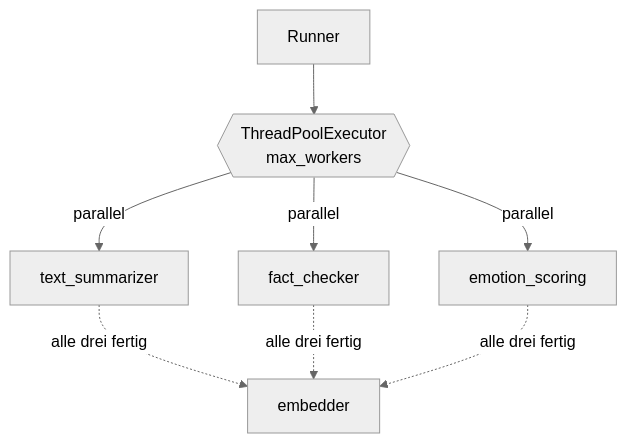
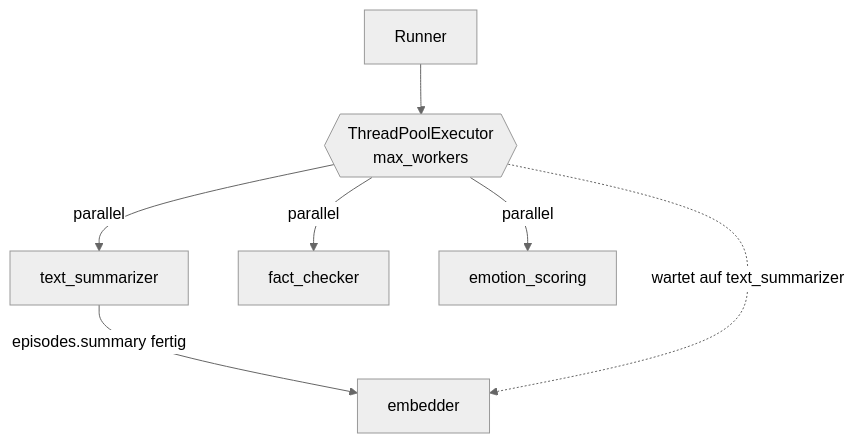
The second of 3 diagrams in docs/silver_enriched/01_architecture.md (Tilmanzzz/media-lens), drawn with Mermaid (neutral theme) before and after one commit. The commit also changed other lines of this file and 13 other files, not shown here.

````diff
--- a/docs/silver_enriched/01_architecture.md
+++ b/docs/silver_enriched/01_architecture.md
@@ -102,10 +102,9 @@
 ```mermaid
 flowchart TD
     R[Runner] --> P{{ThreadPoolExecutor<br/>max_workers}}
     P -->|parallel| TS[text_summarizer]
     P -->|parallel| FC[fact_checker]
     P -->|parallel| EM[emotion_scoring]
-    TS -.alle drei fertig.-> EB[embedder]
-    FC -.alle drei fertig.-> EB
-    EM -.alle drei fertig.-> EB
+    TS -->|episodes.summary fertig| EB[embedder]
+    P -.wartet auf text_summarizer.-> EB
 ```
````
